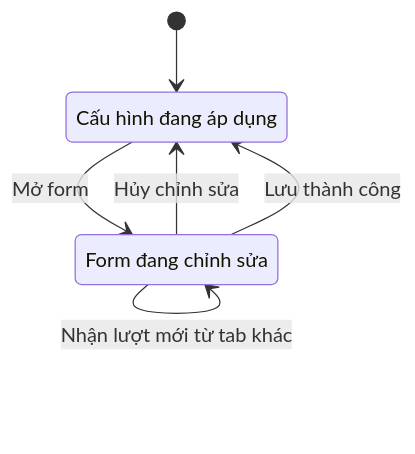
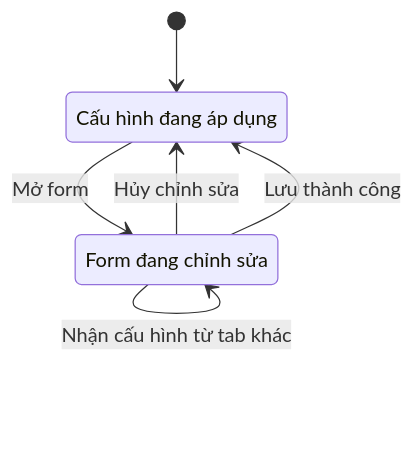
The fourth of 4 diagrams in docs/business/weighted-turn-settings.md (maivtn/taxiq), drawn with Mermaid before and after one commit. The commit also changed other lines of this file and 10 other files, not shown here.

````diff
--- a/docs/business/weighted-turn-settings.md
+++ b/docs/business/weighted-turn-settings.md
@@ -203,11 +210,11 @@
 ```mermaid
 stateDiagram-v2
     [*] --> DangApDung
     state "Cấu hình đang áp dụng" as DangApDung
     state "Form đang chỉnh sửa" as DangChinhSua
     DangApDung --> DangChinhSua : Mở form
     DangChinhSua --> DangChinhSua : Lỗi nhập hoặc lỗi lưu
-    DangChinhSua --> DangChinhSua : Nhận lượt mới từ tab khác
+    DangChinhSua --> DangChinhSua : Nhận cấu hình từ tab khác
     DangChinhSua --> DangApDung : Hủy chỉnh sửa
     DangChinhSua --> DangApDung : Lưu thành công
 ```
````
